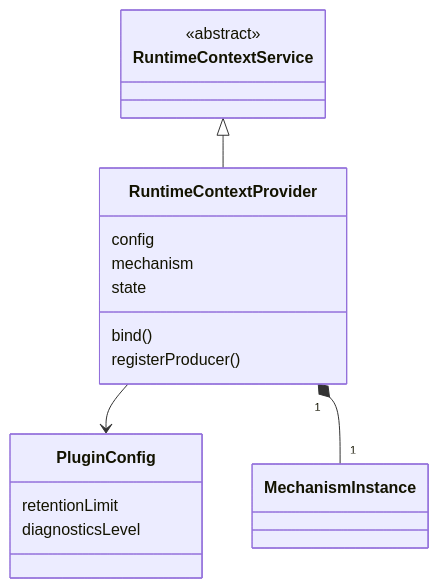
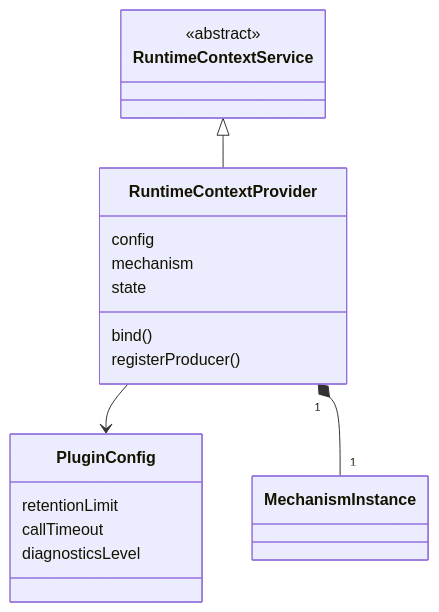
Before and after one commit to nemori-ai/omne-harness-lite: the diagram in packages/context/runtime-context-cordis/docs/object-model.md, drawn with Mermaid. The commit also changed other lines of this file and 68 other files, not shown here.

````diff
--- a/packages/context/runtime-context-cordis/docs/object-model.md
+++ b/packages/context/runtime-context-cordis/docs/object-model.md
@@ -14,21 +14,22 @@
 ```mermaid
 classDiagram
   class RuntimeContextService {
     <<abstract>>
   }
   class RuntimeContextProvider {
     config
     mechanism
     state
     bind()
     registerProducer()
   }
   class PluginConfig {
     retentionLimit
+    callTimeout
     diagnosticsLevel
   }
   class MechanismInstance
   RuntimeContextService <|-- RuntimeContextProvider
   RuntimeContextProvider --> PluginConfig
   RuntimeContextProvider "1" *-- "1" MechanismInstance
 ```
````
